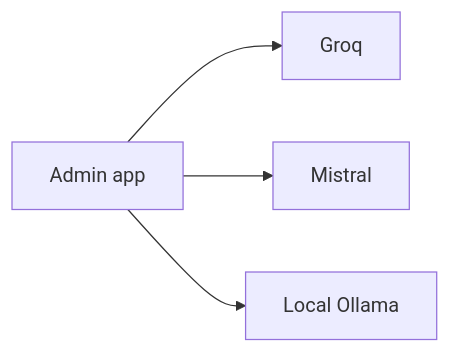
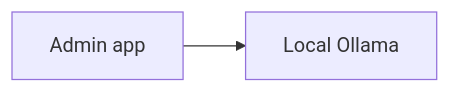
One commit to BootlegYouki/at-iba-pa-pos changed the second of 2 diagrams in docs/09-security.md. Above: the diagram before and after it, drawn with Mermaid. The commit also changed other lines of this file and 10 other files, not shown here.

````diff
--- a/docs/09-security.md
+++ b/docs/09-security.md
@@ -111,6 +108,4 @@
 ```mermaid
 flowchart LR
-    Admin["Admin app"] --> Groq["Groq"]
-    Admin --> Mistral["Mistral"]
-    Admin --> Ollama["Local Ollama"]
+    Admin["Admin app"] --> Ollama["Local Ollama"]
 ```
````
